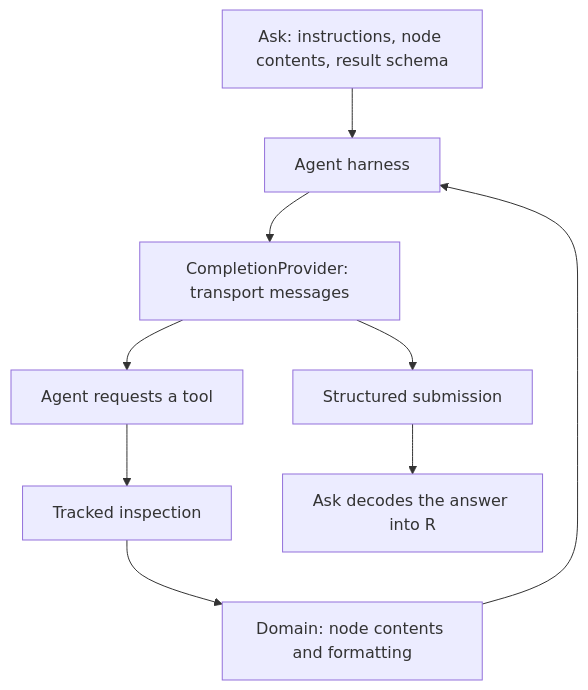
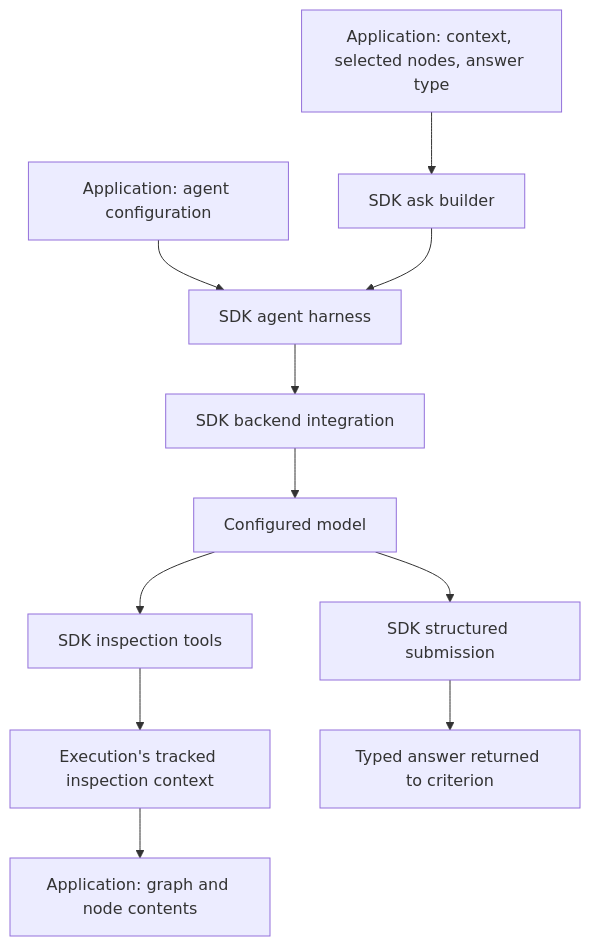
The diagram in md/requirements/sdk/graph/agent-harness.md (nikomatsakis/habeas-codicem), drawn with Mermaid before and after one commit. The commit also changed other lines of this file and 38 other files, not shown here.

````diff
--- a/md/requirements/sdk/graph/agent-harness.md
+++ b/md/requirements/sdk/graph/agent-harness.md
@@ -19,11 +19,13 @@
 ```mermaid
 flowchart TD
-    Ask["Ask: instructions, node contents, result schema"] --> Harness["Agent harness"]
-    Harness --> Provider["CompletionProvider: transport messages"]
-    Provider --> Tools["Agent requests a tool"]
-    Tools --> Inspection["Tracked inspection"]
-    Inspection --> Domain["Domain: node contents and formatting"]
-    Domain --> Harness
-    Provider --> Submit["Structured submission"]
-    Submit --> Answer["Ask decodes the answer into R"]
+    App["Application: context, selected nodes, answer type"] --> Ask["SDK ask builder"]
+    Config["Application: agent configuration"] --> Harness["SDK agent harness"]
+    Ask --> Harness
+    Harness --> Backend["SDK backend integration"]
+    Backend --> Model["Configured model"]
+    Model --> Tools["SDK inspection tools"]
+    Tools --> Context["Execution's tracked inspection context"]
+    Context --> Domain["Application: graph and node contents"]
+    Model --> Submit["SDK structured submission"]
+    Submit --> Answer["Typed answer returned to criterion"]
 ```
````
